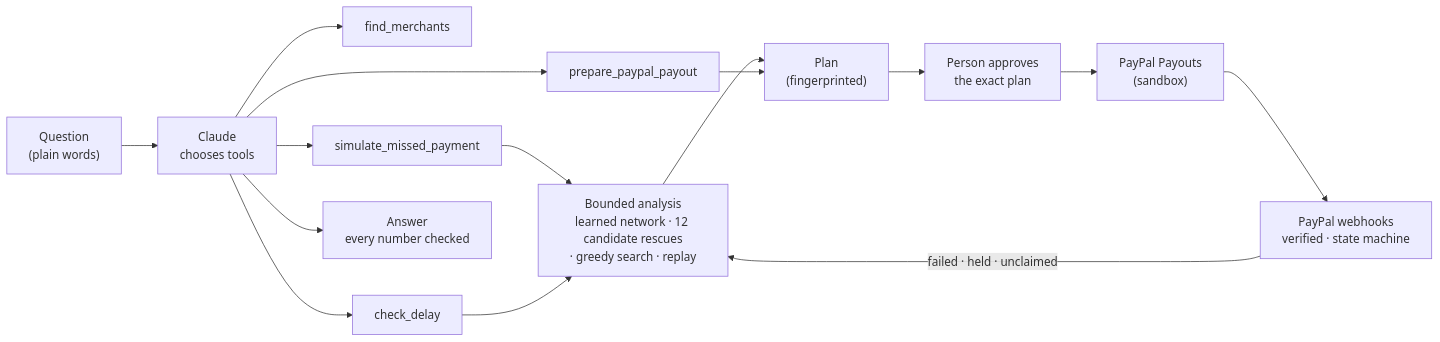
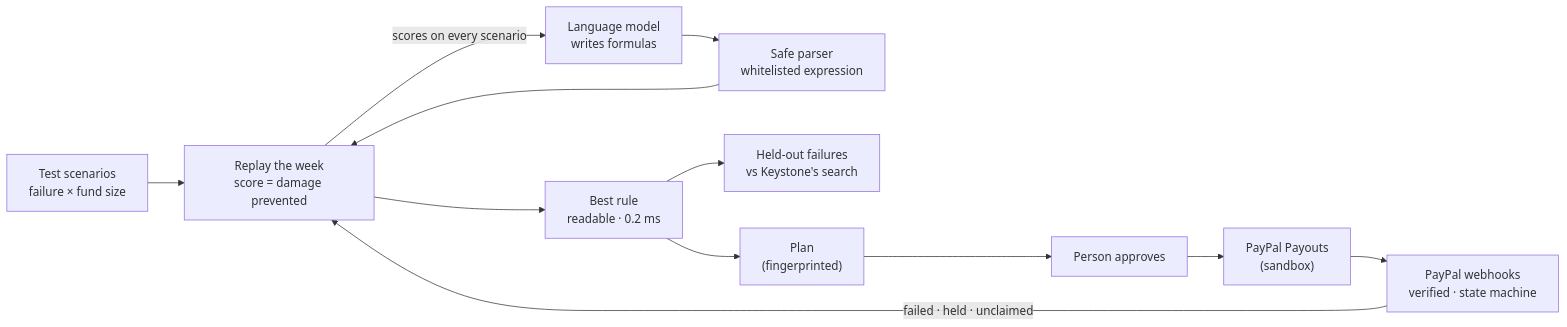
The diagram in README.md (SharathK4/Keystone), drawn with Mermaid before and after one commit. The commit also changed other lines of this file and 29 other files, not shown here.

````diff
--- a/README.md
+++ b/README.md
@@ -141,17 +165,14 @@
 ```mermaid
 flowchart LR
-  Q["Question<br/>(plain words)"] --> C["Claude<br/>chooses tools"]
-  C --> T1["find_merchants"]
-  C --> T2["simulate_missed_payment"]
-  C --> T3["check_delay"]
-  C --> T4["prepare_paypal_payout"]
-  T2 --> A["Bounded analysis<br/>learned network · 12 candidate rescues<br/>· greedy search · replay"]
-  T3 --> A
-  A --> P["Plan<br/>(fingerprinted)"]
-  T4 --> P
-  P --> H["Person approves<br/>the exact plan"]
-  H --> PP["PayPal Payouts<br/>(sandbox)"]
+  S["Test scenarios<br/>failure × fund size"] --> R["Replay the week<br/>score = damage prevented"]
+  M["Language model<br/>writes formulas"] --> V["Safe parser<br/>whitelisted expression"]
+  V --> R
+  R -->|"scores on every scenario"| M
+  R --> B["Best rule<br/>readable · 0.2 ms"]
+  B --> H["Held-out failures<br/>vs Keystone's search"]
+  B --> P["Plan<br/>(fingerprinted)"]
+  P --> A["Person approves"]
+  A --> PP["PayPal Payouts<br/>(sandbox)"]
   PP --> W["PayPal webhooks<br/>verified · state machine"]
-  W -->|"failed · held · unclaimed"| A
-  C --> G["Answer<br/>every number checked"]
+  W -->|"failed · held · unclaimed"| R
 ```
````
